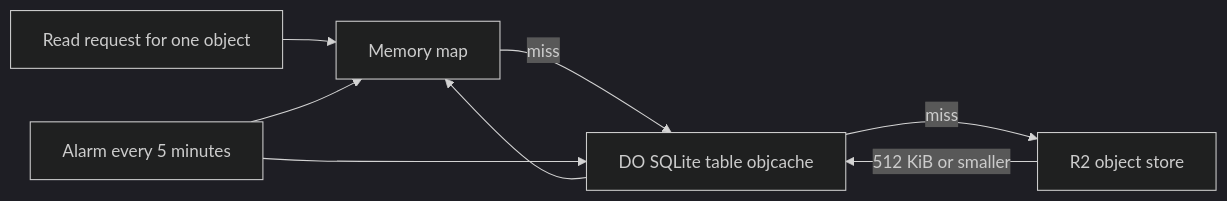
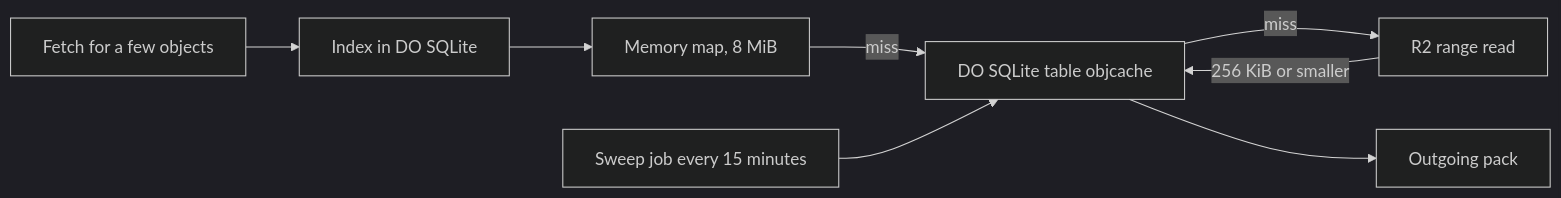
Before and after one commit to idl3/git-edge: the diagram in plain/in-do-object-cache.md, drawn with Mermaid (dark theme). The commit also changed other lines of this file and 47 other files, not shown here.

````diff
--- a/plain/in-do-object-cache.md
+++ b/plain/in-do-object-cache.md
@@ -33,10 +33,10 @@
 ```mermaid
 flowchart LR
-    Q["Read request for one object"] --> M["Memory map"]
+    Q["Fetch for a few objects"] --> I["Index in DO SQLite"]
+    I --> M["Memory map, 8 MiB"]
     M -->|miss| S["DO SQLite table objcache"]
-    S -->|miss| R["R2 object store"]
-    R -->|"512 KiB or smaller"| S
-    S --> M
-    A["Alarm every 5 minutes"] --> S
-    A --> M
+    S -->|miss| R["R2 range read"]
+    R -->|"256 KiB or smaller"| S
+    S --> P["Outgoing pack"]
+    J["Sweep job every 15 minutes"] --> S
 ```
````
